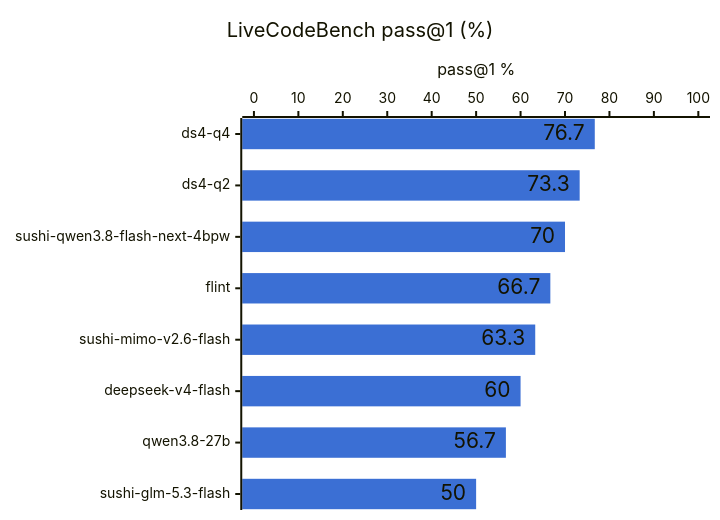
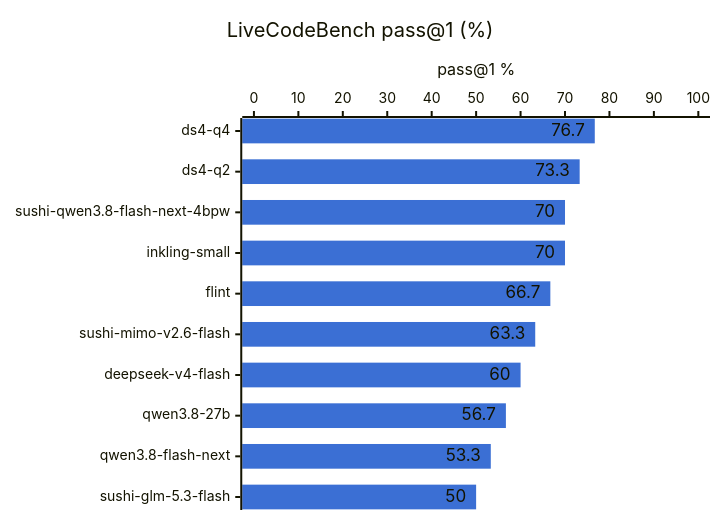
Before and after one commit to hofftodd/ai-bench: the first of 2 diagrams in RESULTS-mac.md, drawn with Mermaid. The commit also changed other lines of this file and 7 other files, not shown here.

First line of the commit message:
Results: Qwen3.8-Flash-Next on llama.cpp and Inkling-Small on oMLX (Mac)

````diff
--- a/RESULTS-mac.md
+++ b/RESULTS-mac.md
@@ -13,8 +13,8 @@
 ```mermaid
 %%{init: {"xyChart": {"showDataLabel": true}, "themeVariables": {"xyChart": {"plotColorPalette": "#3b6fd4"}}}}%%
 xychart-beta horizontal
     title "LiveCodeBench pass@1 (%)"
-    x-axis ["ds4-q4", "ds4-q2", "sushi-qwen3.8-flash-next-4bpw", "flint", "sushi-mimo-v2.6-flash", "deepseek-v4-flash", "qwen3.8-27b", "sushi-glm-5.3-flash"]
+    x-axis ["ds4-q4", "ds4-q2", "sushi-qwen3.8-flash-next-4bpw", "inkling-small", "flint", "sushi-mimo-v2.6-flash", "deepseek-v4-flash", "qwen3.8-27b", "qwen3.8-flash-next", "sushi-glm-5.3-flash"]
     y-axis "pass@1 %" 0 --> 100
-    bar [76.7, 73.3, 70.0, 66.7, 63.3, 60.0, 56.7, 50.0]
+    bar [76.7, 73.3, 70.0, 70.0, 66.7, 63.3, 60.0, 56.7, 53.3, 50.0]
 ```
````
